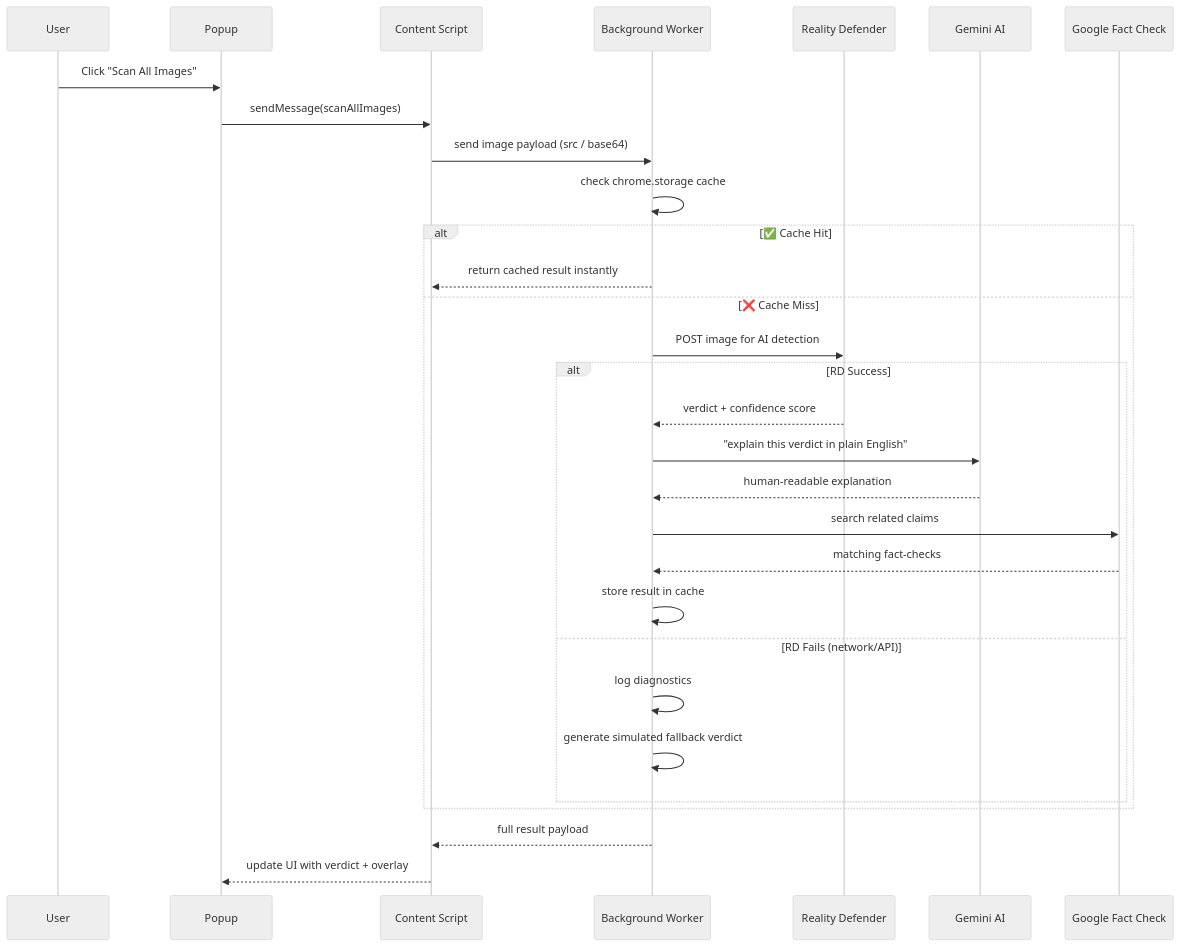
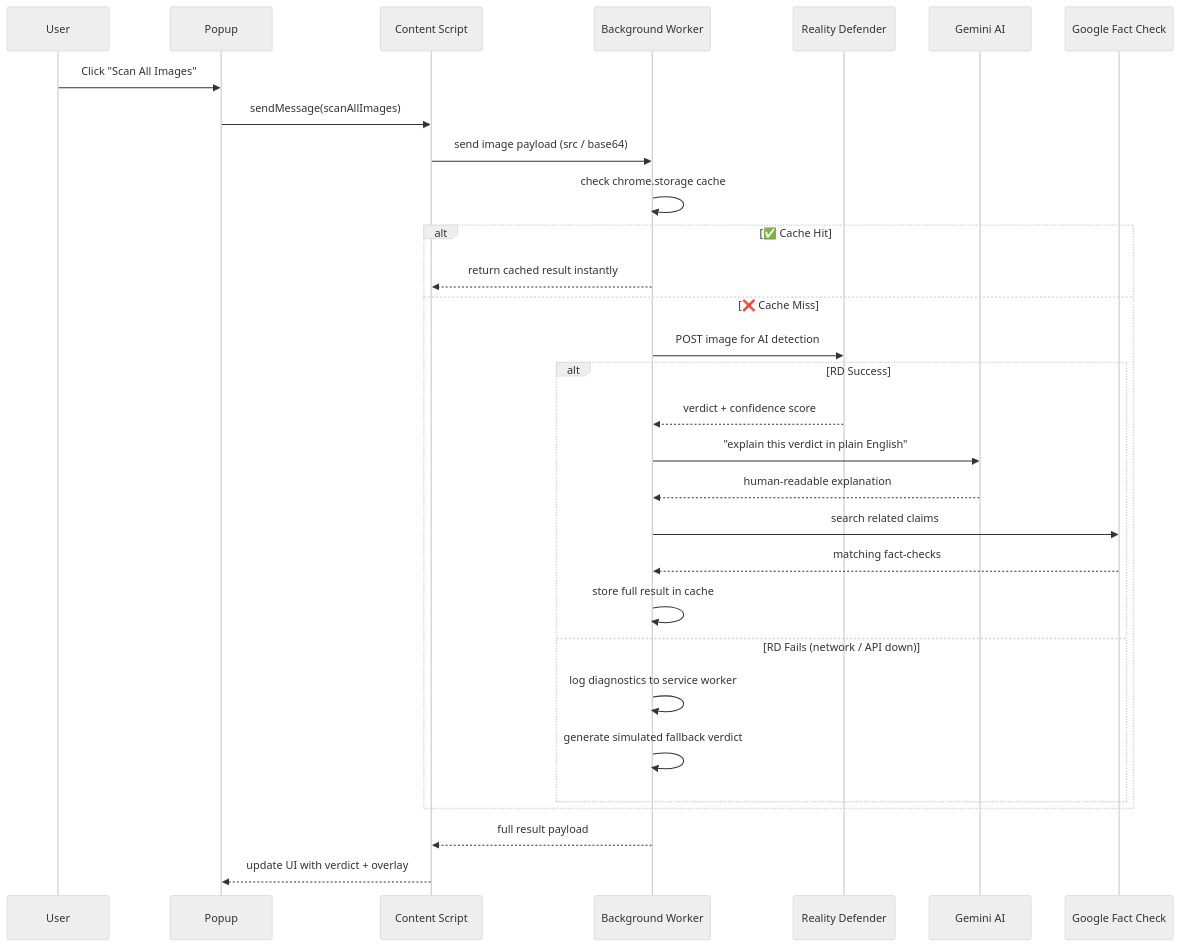
One commit to HarshBhanushali07/pixelproof changed the second of 4 diagrams in README.md. Above: the diagram before and after it, drawn with Mermaid (neutral theme). The commit also changed other lines of this file, not shown here.

````diff
--- a/README.md
+++ b/README.md
@@ -153,35 +269,35 @@
 ```mermaid
 sequenceDiagram
     participant User
     participant Popup
     participant Content as Content Script
     participant BG as Background Worker
     participant RD as Reality Defender
     participant GM as Gemini AI
     participant FC as Google Fact Check
 
     User->>Popup: Click "Scan All Images"
     Popup->>Content: sendMessage(scanAllImages)
     Content->>BG: send image payload (src / base64)
     BG->>BG: check chrome.storage cache
 
     alt ✅ Cache Hit
         BG-->>Content: return cached result instantly
     else ❌ Cache Miss
         BG->>RD: POST image for AI detection
         alt RD Success
             RD-->>BG: verdict + confidence score
             BG->>GM: "explain this verdict in plain English"
             GM-->>BG: human-readable explanation
             BG->>FC: search related claims
             FC-->>BG: matching fact-checks
-            BG->>BG: store result in cache
-        else RD Fails (network/API)
-            BG->>BG: log diagnostics
+            BG->>BG: store full result in cache
+        else RD Fails (network / API down)
+            BG->>BG: log diagnostics to service worker
             BG->>BG: generate simulated fallback verdict
         end
     end
 
     BG-->>Content: full result payload
     Content-->>Popup: update UI with verdict + overlay
 ```
````
